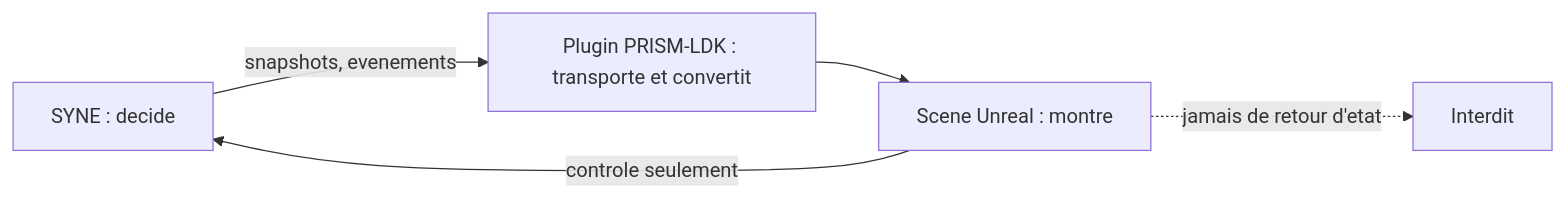
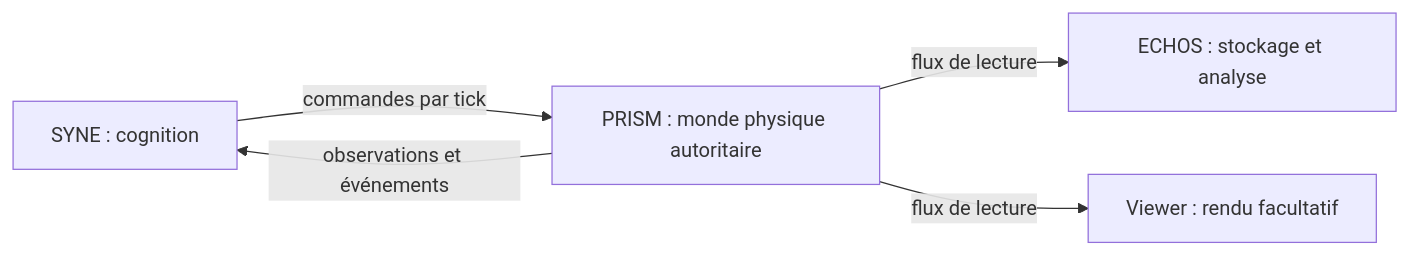
The diagram in docs/monographie/07-prism/README.md (donovan-dev-web/LIVEX), drawn with Mermaid before and after one commit. The commit also changed other lines of this file and 61 other files, not shown here.

````diff
--- a/docs/monographie/07-prism/README.md
+++ b/docs/monographie/07-prism/README.md
@@ -20,7 +24,7 @@
 ```mermaid
 flowchart LR
-    S["SYNE : decide"] -->|"snapshots, evenements"| K["Plugin PRISM-LDK : transporte et convertit"]
-    K --> U["Scene Unreal : montre"]
-    U -->|"controle seulement"| S
-    U -.->|"jamais de retour d'etat"| X["Interdit"]
+    S["SYNE : cognition"] -->|"commandes par tick"| P["PRISM : monde physique autoritaire"]
+    P -->|"observations et événements"| S
+    P -->|"flux de lecture"| E["ECHOS : stockage et analyse"]
+    P -->|"flux de lecture"| V["Viewer : rendu facultatif"]
 ```
````
